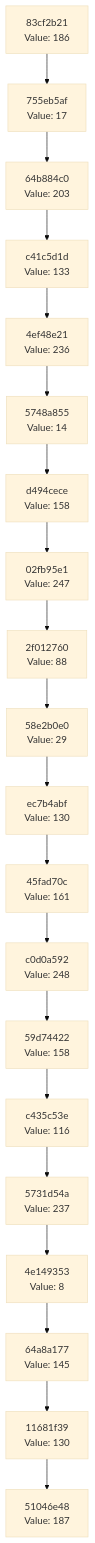
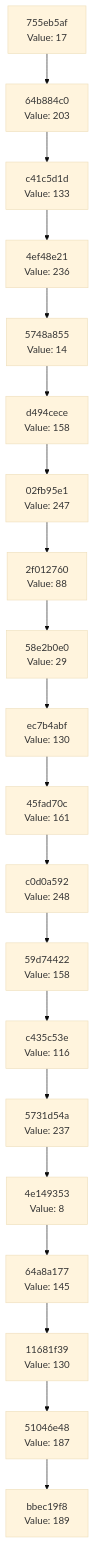
Before and after one commit to Abhisheksinha1506/hash-chain-evolver: the diagram in docs/CHAIN_VISUALIZATION.md, drawn with Mermaid (base theme). The commit also changed 3 other files, not shown here.

````diff
--- a/docs/CHAIN_VISUALIZATION.md
+++ b/docs/CHAIN_VISUALIZATION.md
@@ -3,42 +3,42 @@
 ```mermaid
 graph TD
-    C0["51046e48<br/>Value: 187"]
-    C1["11681f39<br/>Value: 130"]
+    C0["bbec19f8<br/>Value: 189"]
+    C1["51046e48<br/>Value: 187"]
     C1 --> C0
-    C2["64a8a177<br/>Value: 145"]
+    C2["11681f39<br/>Value: 130"]
     C2 --> C1
-    C3["4e149353<br/>Value: 8"]
+    C3["64a8a177<br/>Value: 145"]
     C3 --> C2
-    C4["5731d54a<br/>Value: 237"]
+    C4["4e149353<br/>Value: 8"]
     C4 --> C3
-    C5["c435c53e<br/>Value: 116"]
+    C5["5731d54a<br/>Value: 237"]
     C5 --> C4
-    C6["59d74422<br/>Value: 158"]
+    C6["c435c53e<br/>Value: 116"]
     C6 --> C5
-    C7["c0d0a592<br/>Value: 248"]
+    C7["59d74422<br/>Value: 158"]
     C7 --> C6
-    C8["45fad70c<br/>Value: 161"]
+    C8["c0d0a592<br/>Value: 248"]
     C8 --> C7
-    C9["ec7b4abf<br/>Value: 130"]
+    C9["45fad70c<br/>Value: 161"]
     C9 --> C8
-    C10["58e2b0e0<br/>Value: 29"]
+    C10["ec7b4abf<br/>Value: 130"]
     C10 --> C9
-    C11["2f012760<br/>Value: 88"]
+    C11["58e2b0e0<br/>Value: 29"]
     C11 --> C10
-    C12["02fb95e1<br/>Value: 247"]
+    C12["2f012760<br/>Value: 88"]
     C12 --> C11
-    C13["d494cece<br/>Value: 158"]
+    C13["02fb95e1<br/>Value: 247"]
     C13 --> C12
-    C14["5748a855<br/>Value: 14"]
+    C14["d494cece<br/>Value: 158"]
     C14 --> C13
-    C15["4ef48e21<br/>Value: 236"]
+    C15["5748a855<br/>Value: 14"]
     C15 --> C14
-    C16["c41c5d1d<br/>Value: 133"]
+    C16["4ef48e21<br/>Value: 236"]
     C16 --> C15
-    C17["64b884c0<br/>Value: 203"]
+    C17["c41c5d1d<br/>Value: 133"]
     C17 --> C16
-    C18["755eb5af<br/>Value: 17"]
+    C18["64b884c0<br/>Value: 203"]
     C18 --> C17
-    C19["83cf2b21<br/>Value: 186"]
+    C19["755eb5af<br/>Value: 17"]
     C19 --> C18
 ```
````
